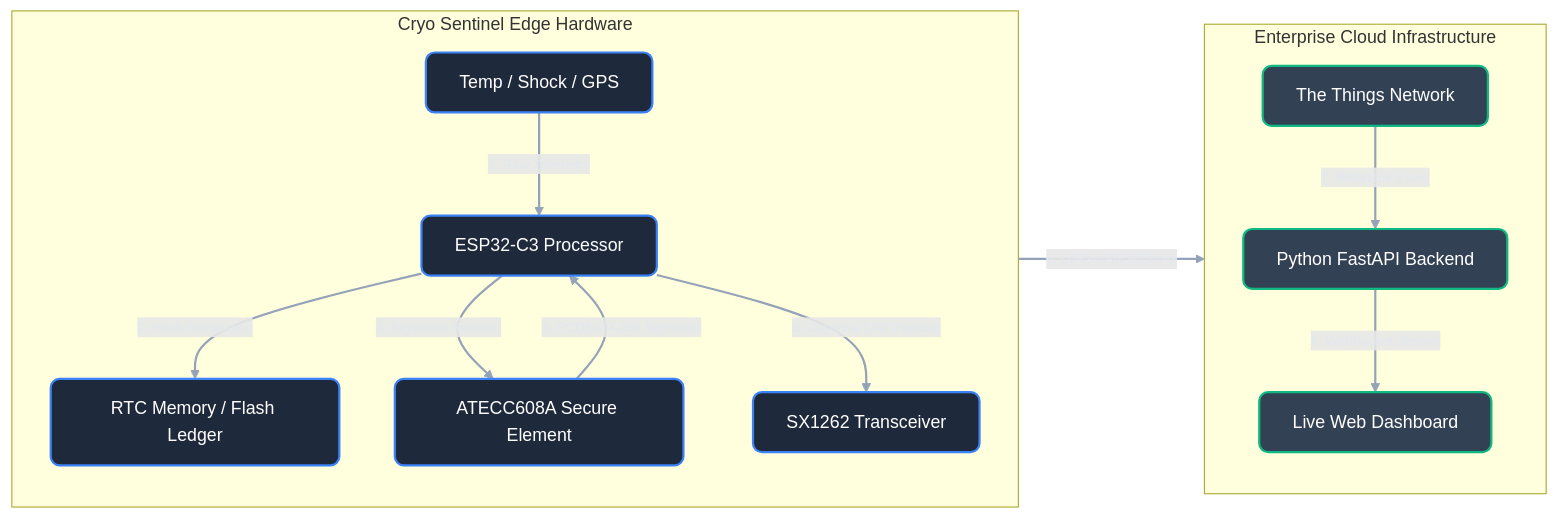
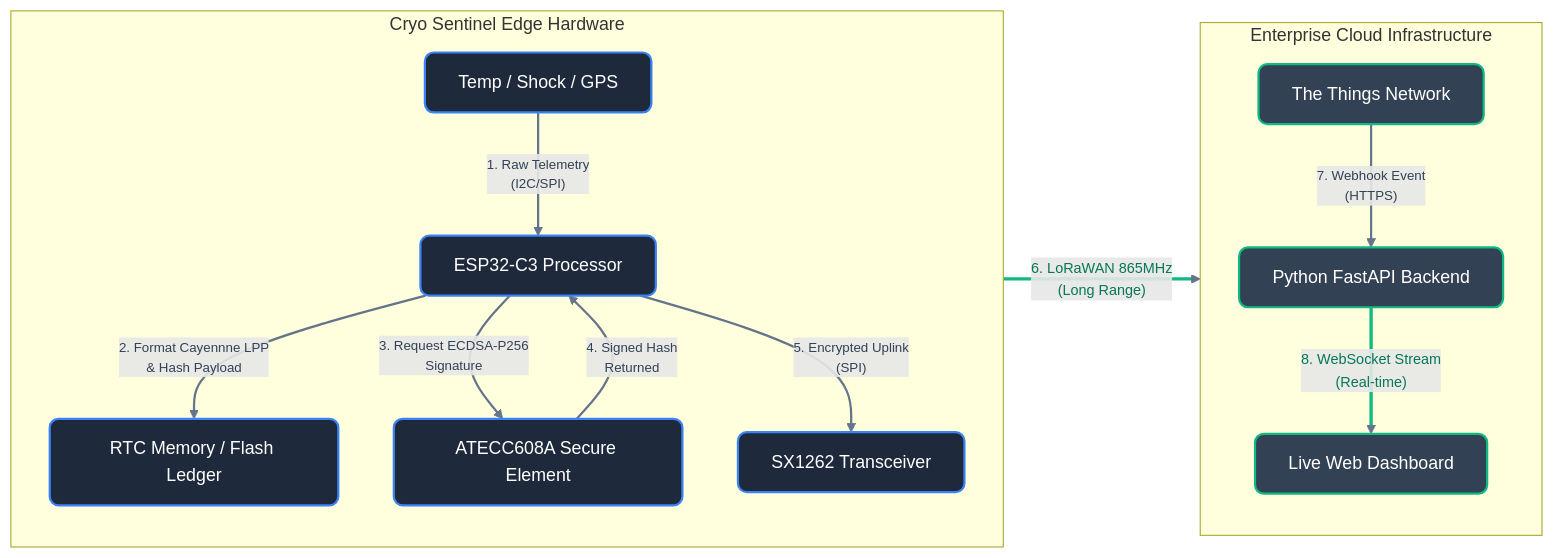
Before and after one commit to hydra-eng/cargopulse-v2: the third of 3 diagrams in README.md, drawn with Mermaid. The commit also changed other lines of this file and 6 other files, not shown here.

Commit message:
hardware: complete CryoSentinel v2.0 schematic layout and 3D visualization

````diff
--- a/README.md
+++ b/README.md
@@ -202,39 +210,40 @@
 ```mermaid
 graph LR
     %% Styles
     classDef hardware fill:#1E293B,stroke:#3B82F6,stroke-width:2px,color:#fff,rx:8px,ry:8px;
     classDef cloud fill:#334155,stroke:#10B981,stroke-width:2px,color:#fff,rx:8px,ry:8px;
 
     %% Hardware Components
     subgraph Edge_Device [Cryo Sentinel Edge Hardware]
         direction TB
         Sensors[Temp / Shock / GPS]:::hardware
         MCU[ESP32-C3 Processor]:::hardware
         Crypto[ATECC608A Secure Element]:::hardware
         Flash[RTC Memory / Flash Ledger]:::hardware
         LoRa[SX1262 Transceiver]:::hardware
     end
 
     %% Cloud Components
     subgraph Cloud_Backend [Enterprise Cloud Infrastructure]
         direction TB
         TTN[The Things Network]:::cloud
         FastAPI[Python FastAPI Backend]:::cloud
         Dash[Live Web Dashboard]:::cloud
     end
 
     %% Flow
-    Sensors -- "1. Raw Telemetry" --> MCU
-    MCU -- "2. Hash Generation" --> Flash
-    MCU -- "3. Signature Request" --> Crypto
-    Crypto -- "4. ECDSA P-256 Signature" --> MCU
-    MCU -- "5. Cayenne LPP Payload" --> LoRa
+    Sensors -- "1. Raw Telemetry\n(I2C/SPI)" --> MCU
+    MCU -- "2. Format Cayennne LPP\n& Hash Payload" --> Flash
+    MCU -- "3. Request ECDSA-P256\nSignature" --> Crypto
+    Crypto -- "4. Signed Hash\nReturned" --> MCU
+    MCU -- "5. Encrypted Uplink\n(SPI)" --> LoRa
     
-    LoRa -- "6. LoRaWAN 865MHz" --> TTN
+    LoRa =="6. LoRaWAN 865MHz\n(Long Range)"==> TTN
     
-    TTN -- "7. Webhook Event" --> FastAPI
-    FastAPI -- "8. WebSocket Stream" --> Dash
+    TTN -- "7. Webhook Event\n(HTTPS)" --> FastAPI
+    FastAPI =="8. WebSocket Stream\n(Real-time)"==> Dash
 
     %% Styling linkages
-    linkStyle default stroke:#94A3B8,stroke-width:2px,color:#E2E8F0,font-size:12px;
+    linkStyle default stroke:#64748B,stroke-width:2px,color:#334155,font-size:12px;
+    linkStyle 5,7 stroke:#10B981,stroke-width:3px,color:#047857,font-size:13px;
 ```
````
